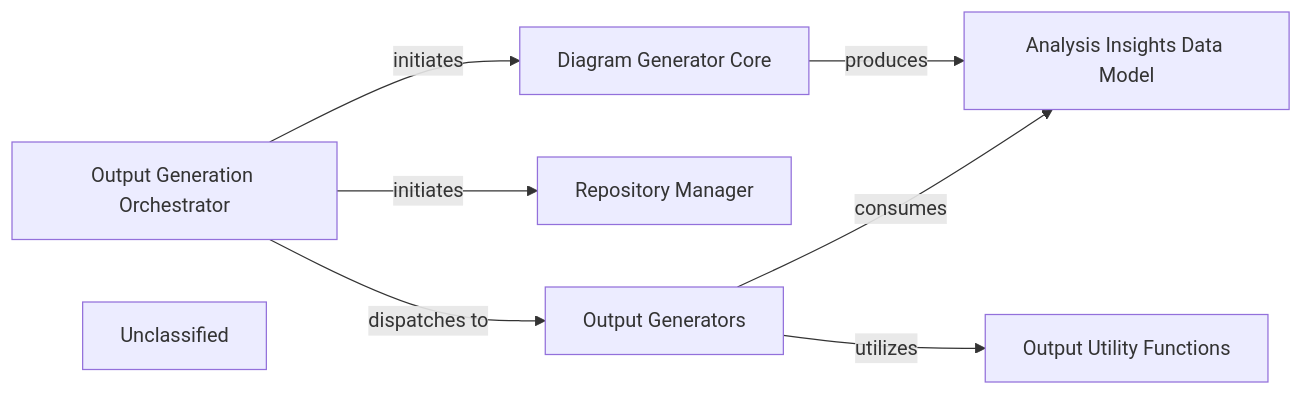
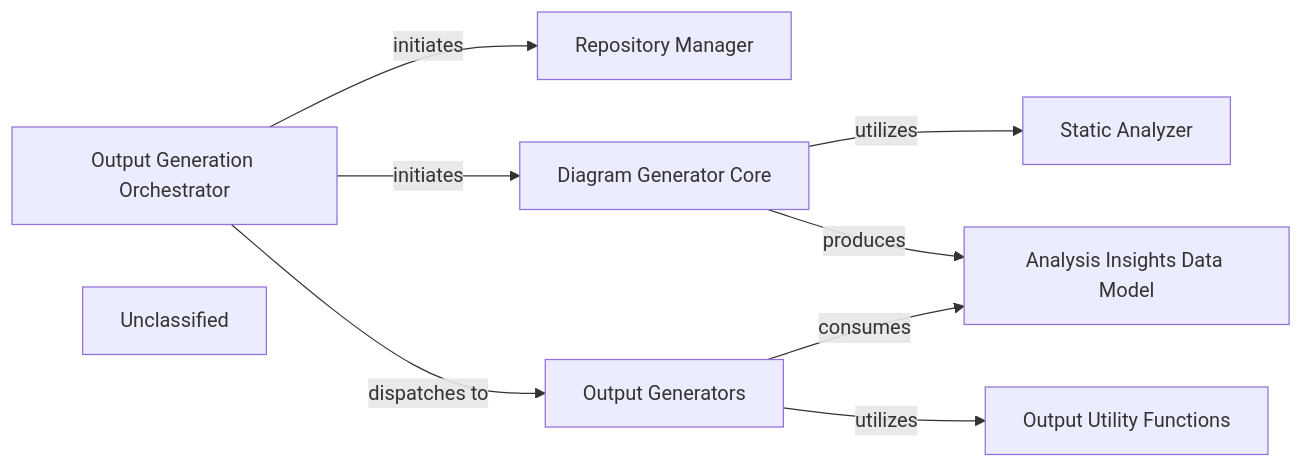
The diagram in .codeboarding/Output_Generation_Engine.md (mariyam866/CodeBoarding), drawn with Mermaid before and after one commit. The commit also changed other lines of this file and 15 other files, not shown here.

First line of the commit message:
docs: update codeboarding documentation and generate architecture

````diff
--- a/.codeboarding/Output_Generation_Engine.md
+++ b/.codeboarding/Output_Generation_Engine.md
@@ -1,18 +1,19 @@
 ```mermaid
 graph LR
     Output_Generation_Orchestrator["Output Generation Orchestrator"]
-    Output_Generators["Output Generators"]
     Repository_Manager["Repository Manager"]
     Diagram_Generator_Core["Diagram Generator Core"]
+    Static_Analyzer["Static Analyzer"]
     Analysis_Insights_Data_Model["Analysis Insights Data Model"]
+    Output_Generators["Output Generators"]
     Output_Utility_Functions["Output Utility Functions"]
-    Unclassified["Unclassified"]
     Unclassified["Unclassified"]
     Output_Generation_Orchestrator -- "initiates" --> Repository_Manager
     Output_Generation_Orchestrator -- "initiates" --> Diagram_Generator_Core
     Output_Generation_Orchestrator -- "dispatches to" --> Output_Generators
+    Diagram_Generator_Core -- "utilizes" --> Static_Analyzer
     Diagram_Generator_Core -- "produces" --> Analysis_Insights_Data_Model
     Output_Generators -- "consumes" --> Analysis_Insights_Data_Model
     Output_Generators -- "utilizes" --> Output_Utility_Functions
     click Repository_Manager href "https://github.com/CodeBoarding/CodeBoarding/blob/main/.codeboarding/Repository_Manager.md" "Details"
 ```
````
